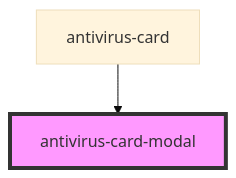
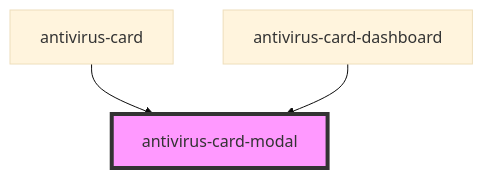
Before and after one commit to ispsystem/plugin-imunify: the diagram in client/packages/antivirus-card/src/components/modal/readme.md, drawn with Mermaid (base theme). The commit also changed other lines of this file and 21 other files, not shown here.

Commit message:
wip(antivirus-card): 🚧 actions dont work :-(

````diff
--- a/client/packages/antivirus-card/src/components/modal/readme.md
+++ b/client/packages/antivirus-card/src/components/modal/readme.md
@@ -23,5 +37,6 @@
 ```mermaid
 graph TD;
   antivirus-card --> antivirus-card-modal
+  antivirus-card-dashboard --> antivirus-card-modal
   style antivirus-card-modal fill:#f9f,stroke:#333,stroke-width:4px
 ```
````
